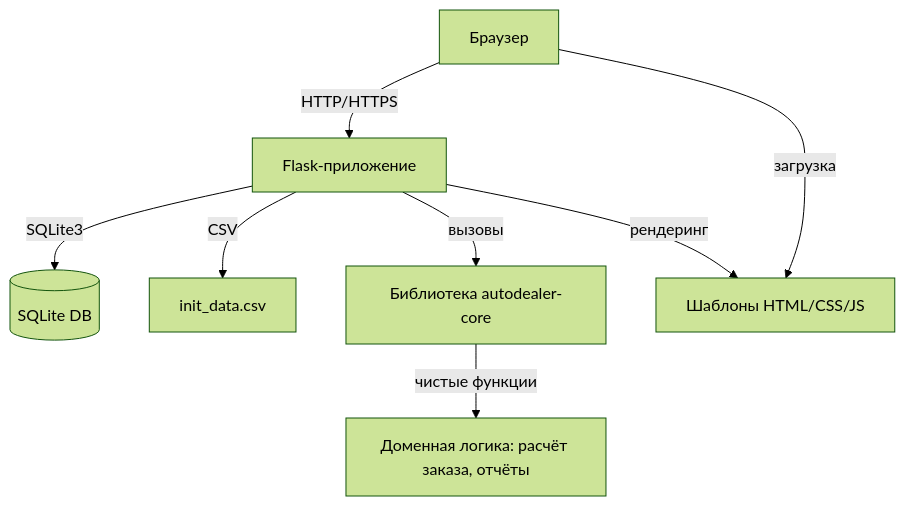
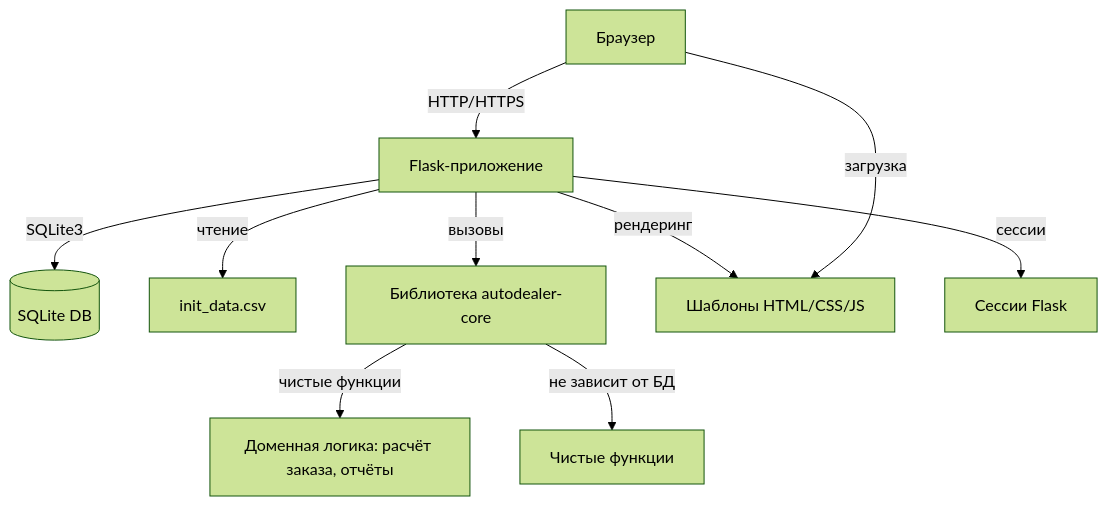
One commit to Sn1pe1t/auto-dealer-proj changed the second of 4 diagrams in docs/architecture.md. Above: the diagram before and after it, drawn with Mermaid (forest theme). The commit also changed other lines of this file, not shown here.

````diff
--- a/docs/architecture.md
+++ b/docs/architecture.md
@@ -18,10 +22,12 @@
 ```mermaid
 graph TD
     Browser[Браузер] -->|HTTP/HTTPS| Flask[Flask-приложение]
     Flask -->|SQLite3| DB[(SQLite DB)]
-    Flask -->|CSV| CSV[init_data.csv]
+    Flask -->|чтение| CSV[init_data.csv]
     Flask -->|вызовы| Core[Библиотека autodealer-core]
     Core -->|чистые функции| Logic[Доменная логика: расчёт заказа, отчёты]
     Flask -->|рендеринг| Templates[Шаблоны HTML/CSS/JS]
     Browser -->|загрузка| Templates
+    Flask -->|сессии| Session[Сессии Flask]
+    Core -->|не зависит от БД| Pure[Чистые функции]
 ```
````
